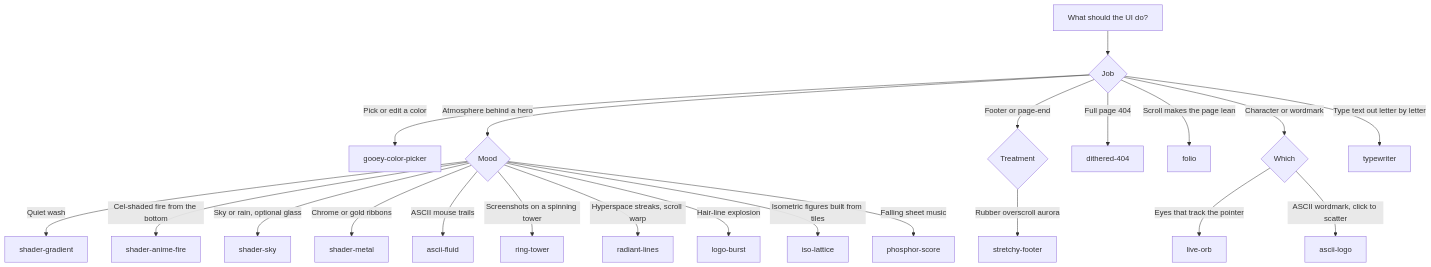
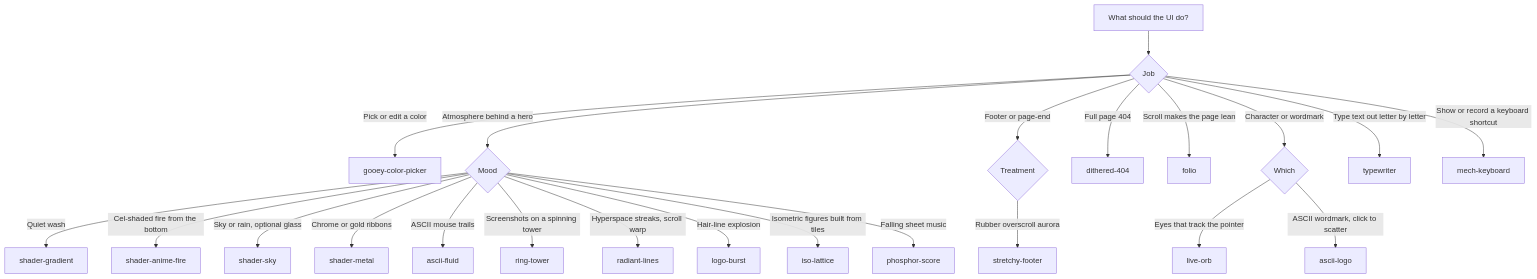
One commit to radiumcoders/23rd.dev changed the diagram in .cursor/skills/23rd/SKILL.md. Above: the diagram before and after it, drawn with Mermaid. The commit also changed other lines of this file and 19 other files, not shown here.

````diff
--- a/.cursor/skills/23rd/SKILL.md
+++ b/.cursor/skills/23rd/SKILL.md
@@ -85,25 +86,26 @@
 ```mermaid
 flowchart TD
   start[What should the UI do?]
   start --> pick{Job}
   pick -->|Pick or edit a color| gooey[gooey-color-picker]
   pick -->|Atmosphere behind a hero| atmo{Mood}
   pick -->|Footer or page-end| foot{Treatment}
   pick -->|Full page 404| d404[dithered-404]
   pick -->|Scroll makes the page lean| folio[folio]
   pick -->|Character or wordmark| mark{Which}
   pick -->|Type text out letter by letter| tw[typewriter]
+  pick -->|Show or record a keyboard shortcut| mk[mech-keyboard]
   atmo -->|Quiet wash| sg[shader-gradient]
   atmo -->|Cel-shaded fire from the bottom| saf[shader-anime-fire]
   atmo -->|Sky or rain, optional glass| ss[shader-sky]
   atmo -->|Chrome or gold ribbons| sm[shader-metal]
   atmo -->|ASCII mouse trails| af[ascii-fluid]
   atmo -->|Screenshots on a spinning tower| rt[ring-tower]
   atmo -->|Hyperspace streaks, scroll warp| rl[radiant-lines]
   atmo -->|Hair-line explosion| lb[logo-burst]
   atmo -->|Isometric figures built from tiles| il[iso-lattice]
   atmo -->|Falling sheet music| ps[phosphor-score]
   foot -->|Rubber overscroll aurora| st[stretchy-footer]
   mark -->|Eyes that track the pointer| orb[live-orb]
   mark -->|ASCII wordmark, click to scatter| al[ascii-logo]
 ```
````
